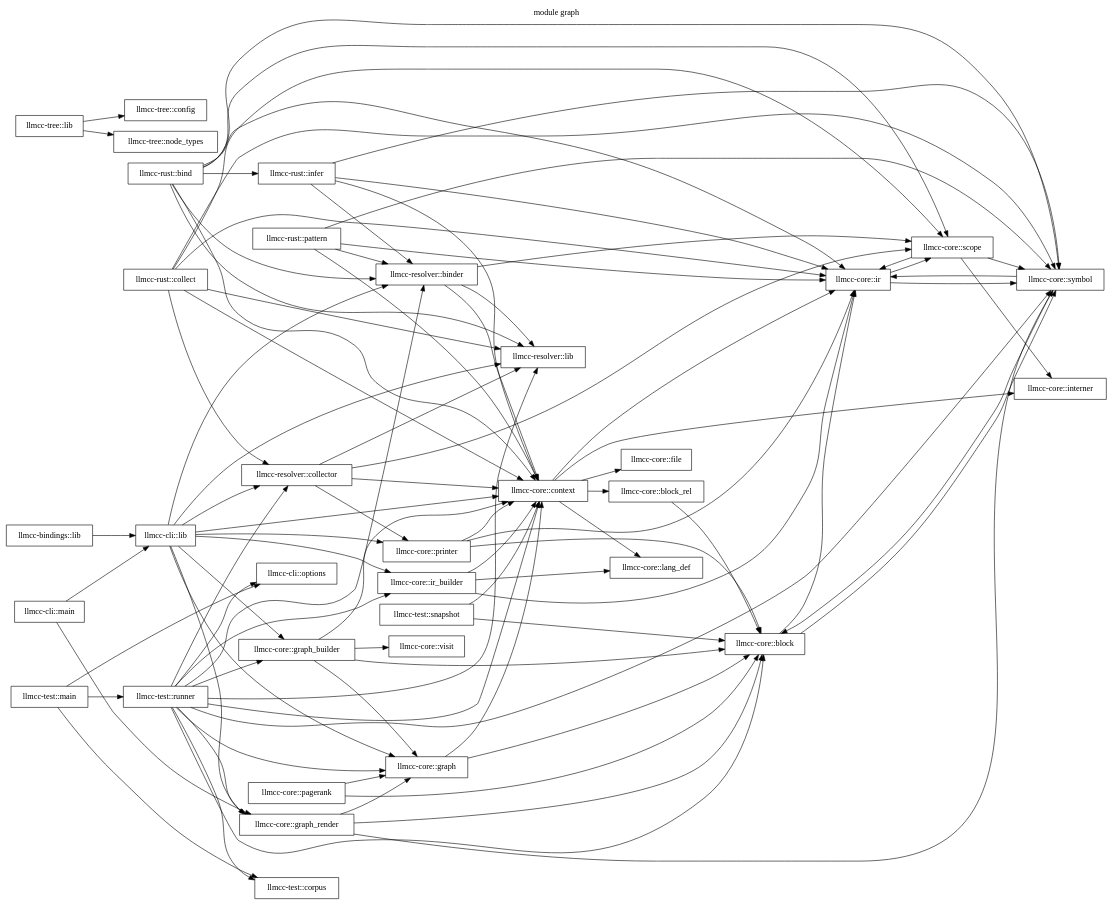
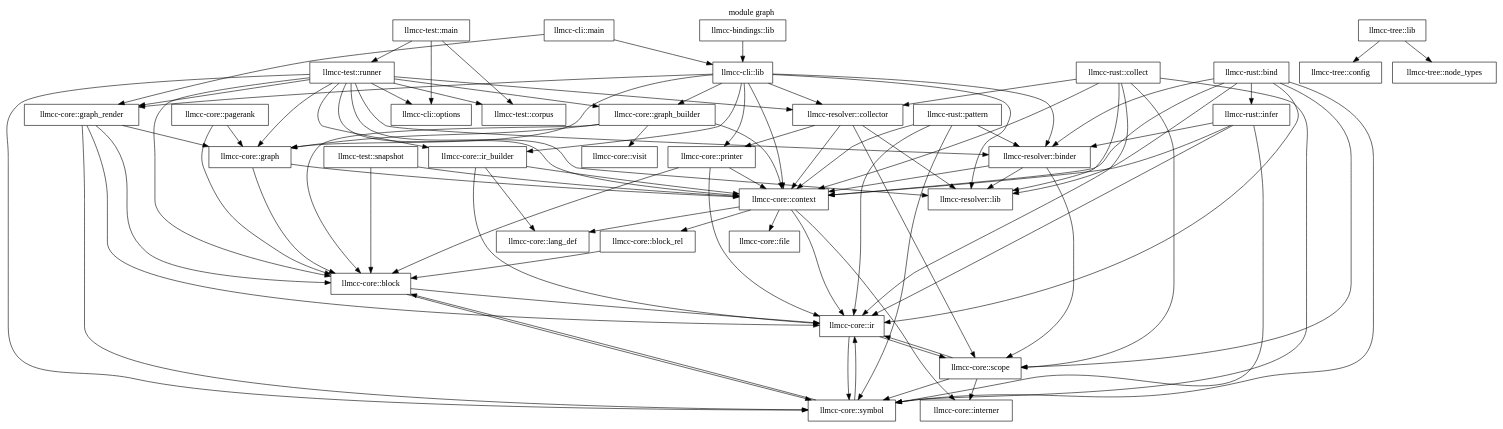
Before and after one commit to allenanswerzq/llmcc: the diagram in sample/llmcc/depth_2_module.dot, drawn with Graphviz. The commit also changed other lines of this file and 264 other files, not shown here.

```diff
--- a/sample/llmcc/depth_2_module.dot
+++ b/sample/llmcc/depth_2_module.dot
@@ -1,134 +1,134 @@
 digraph architecture {
-  rankdir=LR;
   node [shape=box];
 
   label="module graph";
   labelloc=t;
 
   mod_llmcc_bindings_lib[label="llmcc-bindings::lib"];
   mod_llmcc_cli_lib[label="llmcc-cli::lib"];
   mod_llmcc_cli_main[label="llmcc-cli::main"];
   mod_llmcc_cli_options[label="llmcc-cli::options"];
   mod_llmcc_core_block[label="llmcc-core::block"];
   mod_llmcc_core_block_rel[label="llmcc-core::block_rel"];
   mod_llmcc_core_context[label="llmcc-core::context"];
   mod_llmcc_core_file[label="llmcc-core::file"];
   mod_llmcc_core_graph[label="llmcc-core::graph"];
   mod_llmcc_core_graph_builder[label="llmcc-core::graph_builder"];
   mod_llmcc_core_graph_render[label="llmcc-core::graph_render"];
   mod_llmcc_core_interner[label="llmcc-core::interner"];
   mod_llmcc_core_ir[label="llmcc-core::ir"];
   mod_llmcc_core_ir_builder[label="llmcc-core::ir_builder"];
   mod_llmcc_core_lang_def[label="llmcc-core::lang_def"];
   mod_llmcc_core_pagerank[label="llmcc-core::pagerank"];
   mod_llmcc_core_printer[label="llmcc-core::printer"];
   mod_llmcc_core_scope[label="llmcc-core::scope"];
   mod_llmcc_core_symbol[label="llmcc-core::symbol"];
   mod_llmcc_core_visit[label="llmcc-core::visit"];
   mod_llmcc_resolver_binder[label="llmcc-resolver::binder"];
   mod_llmcc_resolver_collector[label="llmcc-resolver::collector"];
   mod_llmcc_resolver_lib[label="llmcc-resolver::lib"];
   mod_llmcc_rust_bind[label="llmcc-rust::bind"];
   mod_llmcc_rust_collect[label="llmcc-rust::collect"];
   mod_llmcc_rust_infer[label="llmcc-rust::infer"];
   mod_llmcc_rust_pattern[label="llmcc-rust::pattern"];
   mod_llmcc_test_corpus[label="llmcc-test::corpus"];
   mod_llmcc_test_main[label="llmcc-test::main"];
   mod_llmcc_test_runner[label="llmcc-test::runner"];
   mod_llmcc_test_snapshot[label="llmcc-test::snapshot"];
   mod_llmcc_tree_config[label="llmcc-tree::config"];
   mod_llmcc_tree_lib[label="llmcc-tree::lib"];
   mod_llmcc_tree_node_types[label="llmcc-tree::node_types"];
 
   mod_llmcc_bindings_lib -> mod_llmcc_cli_lib;
   mod_llmcc_cli_lib -> mod_llmcc_core_context;
   mod_llmcc_cli_lib -> mod_llmcc_core_graph;
   mod_llmcc_cli_lib -> mod_llmcc_core_graph_builder;
   mod_llmcc_cli_lib -> mod_llmcc_core_graph_render;
   mod_llmcc_cli_lib -> mod_llmcc_core_ir_builder;
   mod_llmcc_cli_lib -> mod_llmcc_core_printer;
   mod_llmcc_cli_lib -> mod_llmcc_resolver_binder;
   mod_llmcc_cli_lib -> mod_llmcc_resolver_collector;
   mod_llmcc_cli_lib -> mod_llmcc_resolver_lib;
   mod_llmcc_cli_main -> mod_llmcc_cli_lib;
   mod_llmcc_cli_main -> mod_llmcc_core_graph_render;
   mod_llmcc_core_block -> mod_llmcc_core_ir;
   mod_llmcc_core_block -> mod_llmcc_core_symbol;
   mod_llmcc_core_block_rel -> mod_llmcc_core_block;
   mod_llmcc_core_context -> mod_llmcc_core_block_rel;
   mod_llmcc_core_context -> mod_llmcc_core_file;
   mod_llmcc_core_context -> mod_llmcc_core_interner;
   mod_llmcc_core_context -> mod_llmcc_core_ir;
   mod_llmcc_core_context -> mod_llmcc_core_lang_def;
   mod_llmcc_core_graph -> mod_llmcc_core_block;
   mod_llmcc_core_graph -> mod_llmcc_core_context;
   mod_llmcc_core_graph_builder -> mod_llmcc_core_block;
   mod_llmcc_core_graph_builder -> mod_llmcc_core_context;
   mod_llmcc_core_graph_builder -> mod_llmcc_core_graph;
   mod_llmcc_core_graph_builder -> mod_llmcc_core_visit;
   mod_llmcc_core_graph_render -> mod_llmcc_core_block;
   mod_llmcc_core_graph_render -> mod_llmcc_core_graph;
+  mod_llmcc_core_graph_render -> mod_llmcc_core_ir;
   mod_llmcc_core_graph_render -> mod_llmcc_core_symbol;
   mod_llmcc_core_ir -> mod_llmcc_core_scope;
   mod_llmcc_core_ir -> mod_llmcc_core_symbol;
   mod_llmcc_core_ir_builder -> mod_llmcc_core_context;
   mod_llmcc_core_ir_builder -> mod_llmcc_core_ir;
   mod_llmcc_core_ir_builder -> mod_llmcc_core_lang_def;
   mod_llmcc_core_pagerank -> mod_llmcc_core_block;
   mod_llmcc_core_pagerank -> mod_llmcc_core_graph;
   mod_llmcc_core_printer -> mod_llmcc_core_block;
   mod_llmcc_core_printer -> mod_llmcc_core_context;
   mod_llmcc_core_printer -> mod_llmcc_core_ir;
   mod_llmcc_core_scope -> mod_llmcc_core_interner;
   mod_llmcc_core_scope -> mod_llmcc_core_ir;
   mod_llmcc_core_scope -> mod_llmcc_core_symbol;
   mod_llmcc_core_symbol -> mod_llmcc_core_block;
   mod_llmcc_core_symbol -> mod_llmcc_core_ir;
   mod_llmcc_resolver_binder -> mod_llmcc_core_context;
   mod_llmcc_resolver_binder -> mod_llmcc_core_scope;
   mod_llmcc_resolver_binder -> mod_llmcc_resolver_lib;
   mod_llmcc_resolver_collector -> mod_llmcc_core_context;
   mod_llmcc_resolver_collector -> mod_llmcc_core_printer;
   mod_llmcc_resolver_collector -> mod_llmcc_core_scope;
   mod_llmcc_resolver_collector -> mod_llmcc_resolver_lib;
   mod_llmcc_rust_bind -> mod_llmcc_core_context;
   mod_llmcc_rust_bind -> mod_llmcc_core_ir;
   mod_llmcc_rust_bind -> mod_llmcc_core_scope;
   mod_llmcc_rust_bind -> mod_llmcc_core_symbol;
   mod_llmcc_rust_bind -> mod_llmcc_resolver_binder;
   mod_llmcc_rust_bind -> mod_llmcc_resolver_lib;
   mod_llmcc_rust_bind -> mod_llmcc_rust_infer;
   mod_llmcc_rust_collect -> mod_llmcc_core_context;
   mod_llmcc_rust_collect -> mod_llmcc_core_ir;
   mod_llmcc_rust_collect -> mod_llmcc_core_scope;
   mod_llmcc_rust_collect -> mod_llmcc_core_symbol;
   mod_llmcc_rust_collect -> mod_llmcc_resolver_collector;
   mod_llmcc_rust_collect -> mod_llmcc_resolver_lib;
   mod_llmcc_rust_infer -> mod_llmcc_core_context;
   mod_llmcc_rust_infer -> mod_llmcc_core_ir;
   mod_llmcc_rust_infer -> mod_llmcc_core_symbol;
   mod_llmcc_rust_infer -> mod_llmcc_resolver_binder;
   mod_llmcc_rust_pattern -> mod_llmcc_core_context;
   mod_llmcc_rust_pattern -> mod_llmcc_core_ir;
   mod_llmcc_rust_pattern -> mod_llmcc_core_symbol;
   mod_llmcc_rust_pattern -> mod_llmcc_resolver_binder;
   mod_llmcc_test_main -> mod_llmcc_cli_options;
   mod_llmcc_test_main -> mod_llmcc_test_corpus;
   mod_llmcc_test_main -> mod_llmcc_test_runner;
   mod_llmcc_test_runner -> mod_llmcc_cli_options;
   mod_llmcc_test_runner -> mod_llmcc_core_block;
   mod_llmcc_test_runner -> mod_llmcc_core_context;
   mod_llmcc_test_runner -> mod_llmcc_core_graph;
   mod_llmcc_test_runner -> mod_llmcc_core_graph_builder;
   mod_llmcc_test_runner -> mod_llmcc_core_graph_render;
   mod_llmcc_test_runner -> mod_llmcc_core_ir_builder;
   mod_llmcc_test_runner -> mod_llmcc_core_symbol;
   mod_llmcc_test_runner -> mod_llmcc_resolver_binder;
   mod_llmcc_test_runner -> mod_llmcc_resolver_collector;
   mod_llmcc_test_runner -> mod_llmcc_resolver_lib;
   mod_llmcc_test_runner -> mod_llmcc_test_corpus;
   mod_llmcc_test_snapshot -> mod_llmcc_core_block;
   mod_llmcc_test_snapshot -> mod_llmcc_core_context;
   mod_llmcc_tree_lib -> mod_llmcc_tree_config;
   mod_llmcc_tree_lib -> mod_llmcc_tree_node_types;
 }
```
